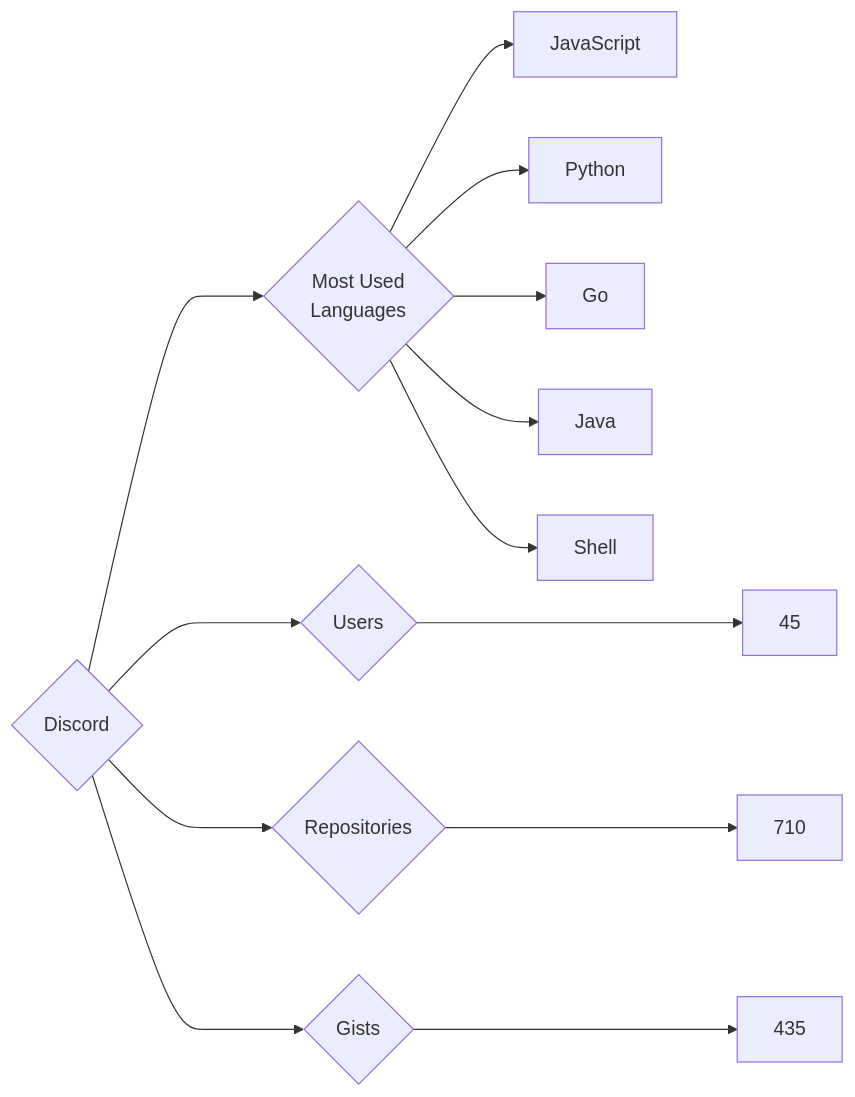
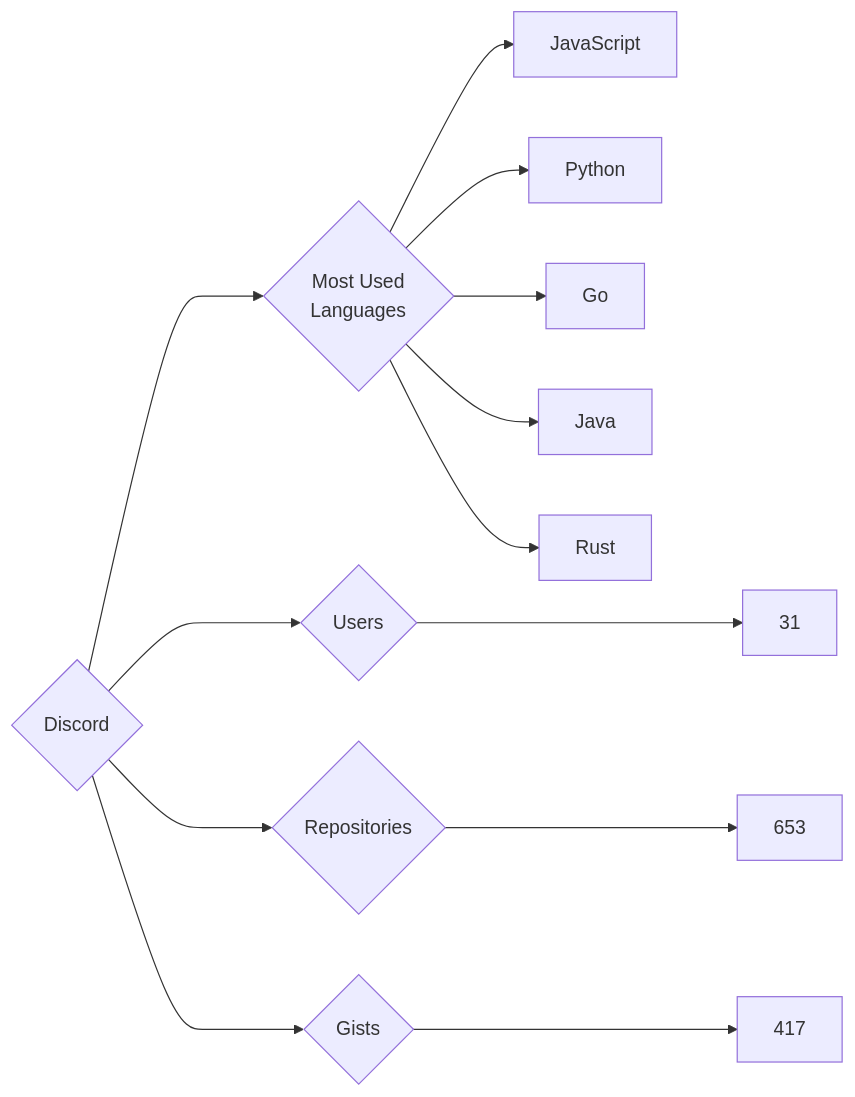
Before and after one commit to trickest/insiders: the diagram in targets/Discord/README.md, drawn with Mermaid. The commit also changed 676 other files, not shown here.

````diff
--- a/targets/Discord/README.md
+++ b/targets/Discord/README.md
@@ -3,13 +3,13 @@
 ```mermaid
 graph LR
 COMPANY_NAME{Discord}
-COMPANY_NAME ---> U{Users} ---> UN[45]
-COMPANY_NAME ---> R{Repositories} ---> RN[710]
-COMPANY_NAME ---> G{Gists} ---> GN[435]
+COMPANY_NAME ---> U{Users} ---> UN[31]
+COMPANY_NAME ---> R{Repositories} ---> RN[653]
+COMPANY_NAME ---> G{Gists} ---> GN[417]
 COMPANY_NAME ---> ML{Most Used<br>Languages}
 ML --> JavaScript[JavaScript]
 ML --> Python[Python]
 ML --> Go[Go]
 ML --> Java[Java]
-ML --> Shell[Shell]
+ML --> Rust[Rust]
 ```
````
